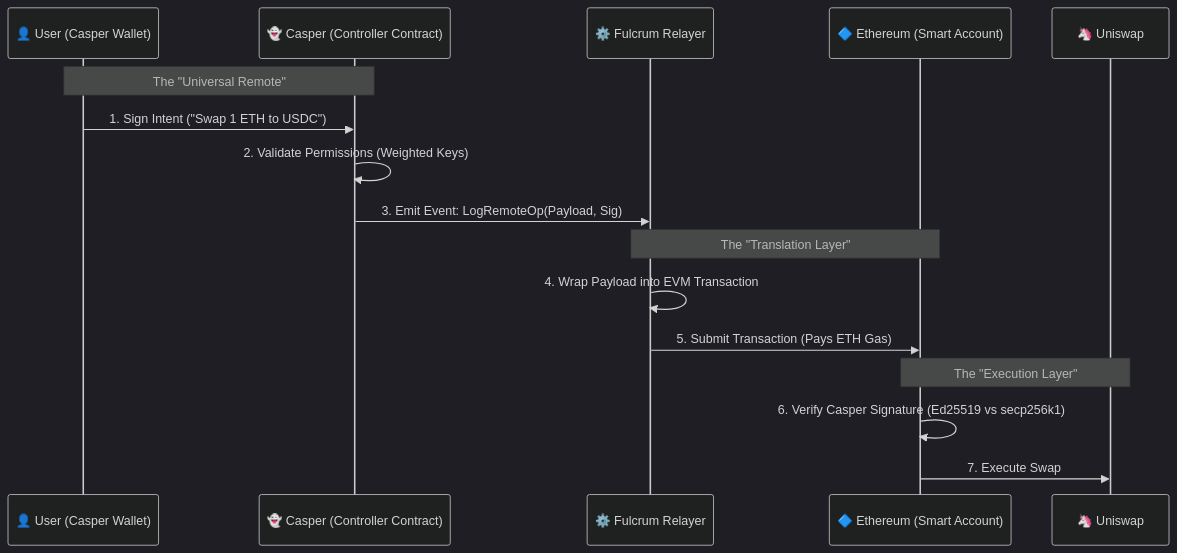
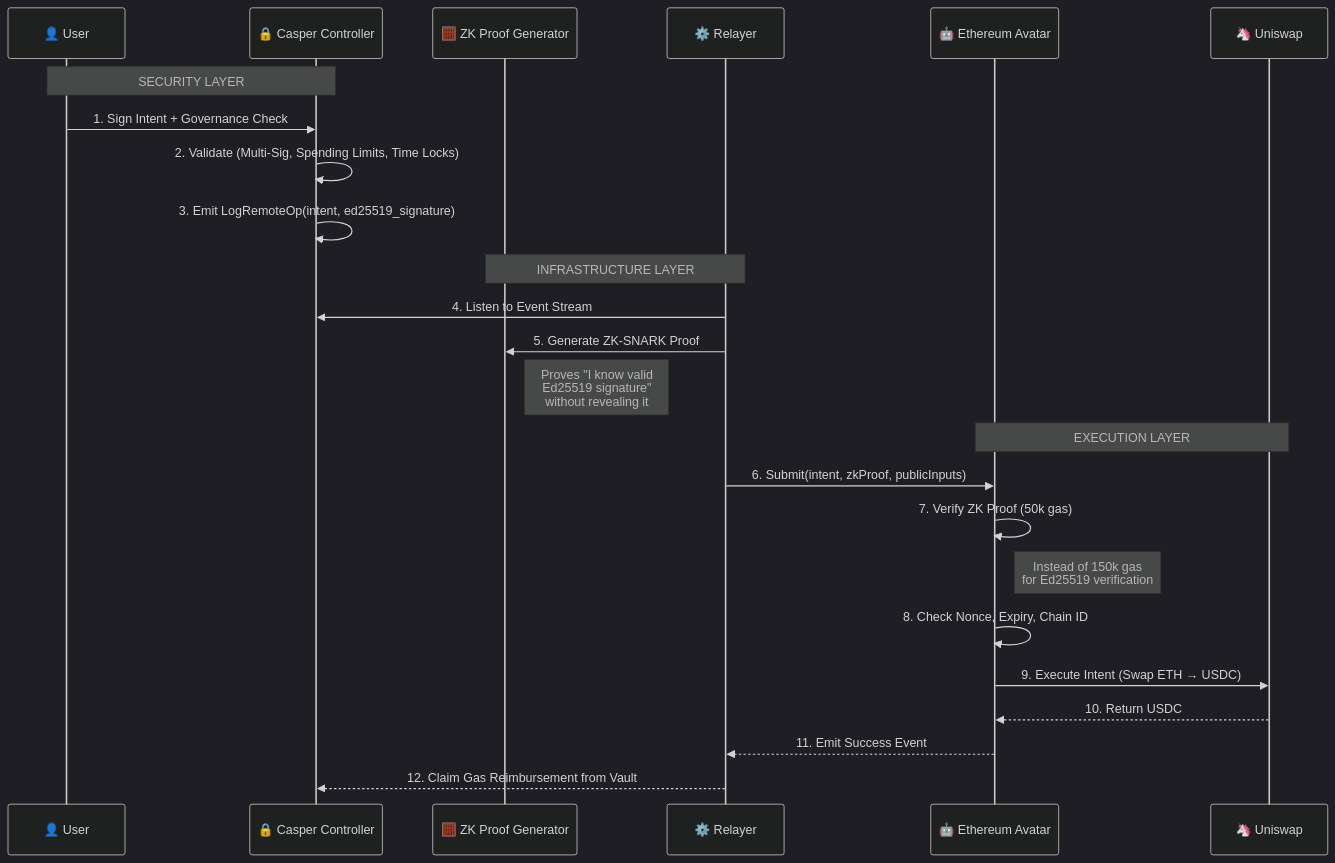
The second of 4 diagrams in README.md (chandan989/Fulcrum), drawn with Mermaid (dark theme) before and after one commit. The commit also changed other lines of this file, not shown here.

````diff
--- a/README.md
+++ b/README.md
@@ -37,25 +241,32 @@
 ```mermaid
 sequenceDiagram
-    participant User as 👤 User (Casper Wallet)
-    participant Casper as 👻 Casper (Controller Contract)
-    participant Relayer as ⚙️ Fulcrum Relayer
-    participant ETH as 🔷 Ethereum (Smart Account)
-    participant Uniswap as 🦄 Uniswap
+    participant User as 👤 User
+    participant Casper as 🔒 Casper Controller
+    participant ZK as 🧮 ZK Proof Generator
+    participant Relayer as ⚙️ Relayer
+    participant Avatar as 🤖 Ethereum Avatar
+    participant DeFi as 🦄 Uniswap
 
-    Note over User, Casper: The "Universal Remote"
+    Note over User, Casper: SECURITY LAYER
 
-    User->>Casper: 1. Sign Intent ("Swap 1 ETH to USDC")
-    Casper->>Casper: 2. Validate Permissions (Weighted Keys)
-    Casper->>Relayer: 3. Emit Event: LogRemoteOp(Payload, Sig)
+    User->>Casper: 1. Sign Intent + Governance Check
+    Casper->>Casper: 2. Validate (Multi-Sig, Spending Limits, Time Locks)
+    Casper->>Casper: 3. Emit LogRemoteOp(intent, ed25519_signature)
 
-    Note over Relayer, ETH: The "Translation Layer"
+    Note over ZK, Relayer: INFRASTRUCTURE LAYER
 
-    Relayer->>Relayer: 4. Wrap Payload into EVM Transaction
-    Relayer->>ETH: 5. Submit Transaction (Pays ETH Gas)
+    Relayer->>Casper: 4. Listen to Event Stream
+    Relayer->>ZK: 5. Generate ZK-SNARK Proof
+    Note right of ZK: Proves "I know valid<br/>Ed25519 signature"<br/>without revealing it
 
-    Note over ETH, Uniswap: The "Execution Layer"
+    Note over Avatar, DeFi: EXECUTION LAYER
 
-    ETH->>ETH: 6. Verify Casper Signature (Ed25519 vs secp256k1)
-    ETH->>Uniswap: 7. Execute Swap
-
+    Relayer->>Avatar: 6. Submit(intent, zkProof, publicInputs)
+    Avatar->>Avatar: 7. Verify ZK Proof (50k gas)
+    Note right of Avatar: Instead of 150k gas<br/>for Ed25519 verification
+    Avatar->>Avatar: 8. Check Nonce, Expiry, Chain ID
+    Avatar->>DeFi: 9. Execute Intent (Swap ETH → USDC)
+    DeFi-->>Avatar: 10. Return USDC
+    Avatar-->>Relayer: 11. Emit Success Event
+    Relayer-->>Casper: 12. Claim Gas Reimbursement from Vault
 ```
````
